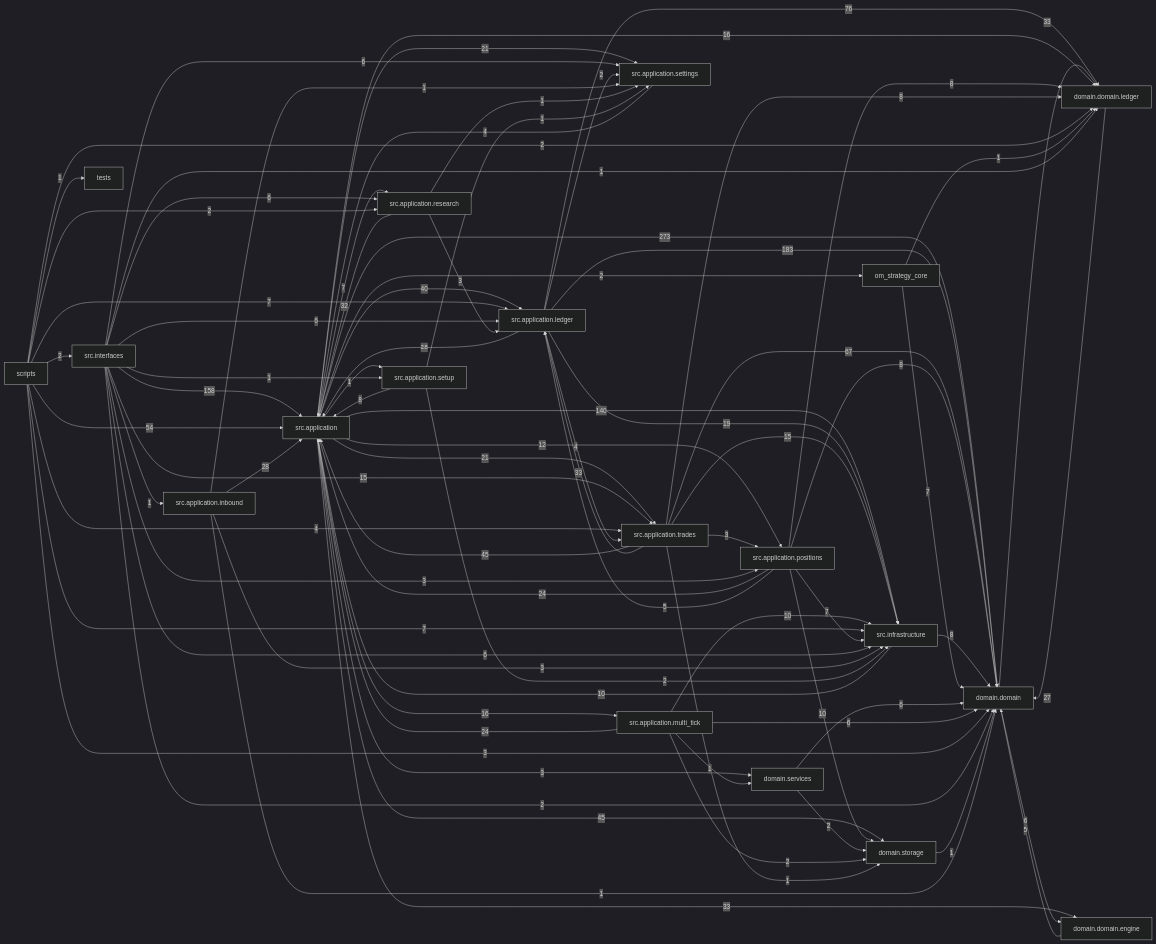
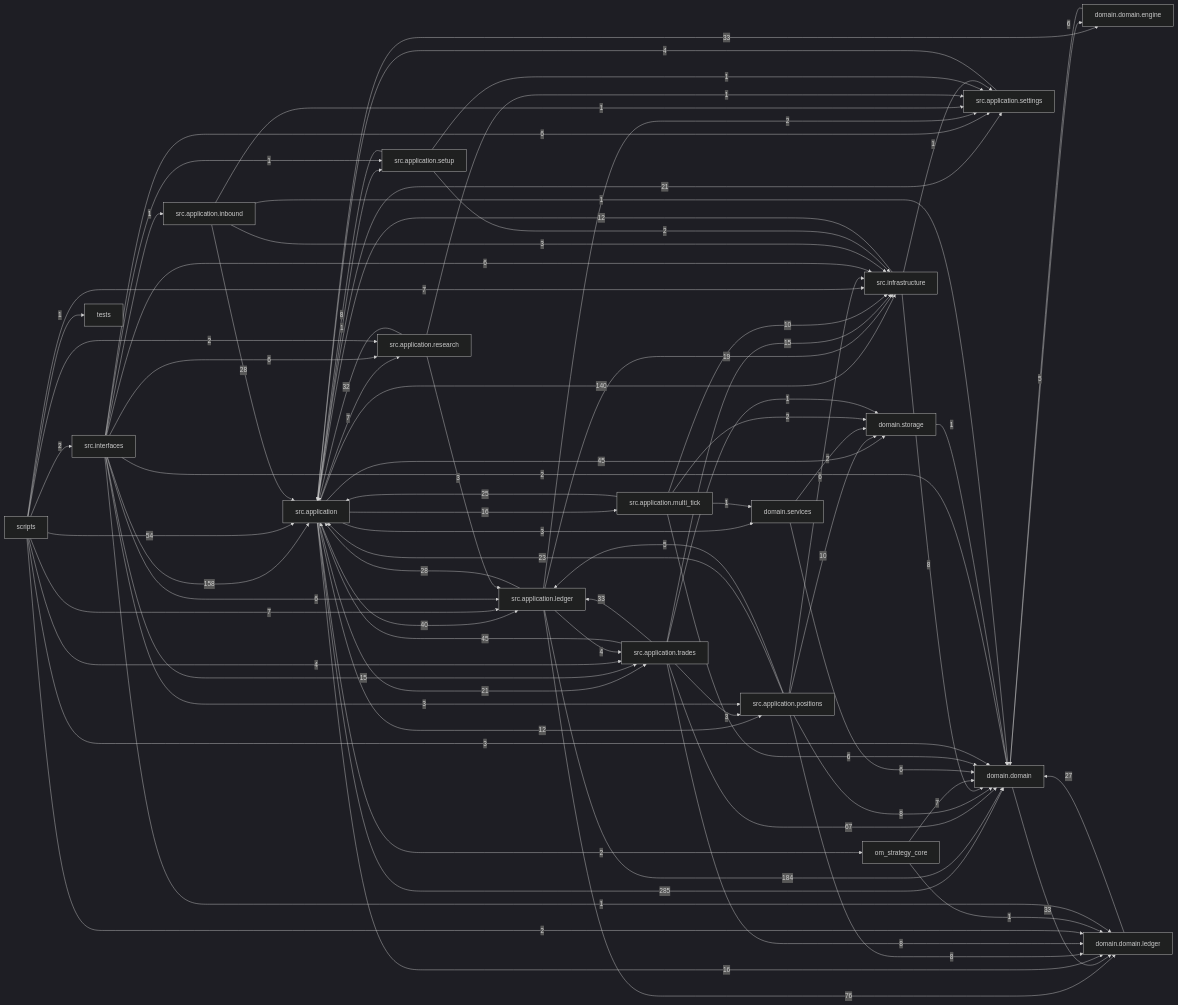
Before and after one commit to liuxie066/options-monitor: the diagram in docs/dependency_graph.mmd, drawn with Mermaid (dark theme). The commit also changed 99 other files, not shown here.

```diff
--- a/docs/dependency_graph.mmd
+++ b/docs/dependency_graph.mmd
@@ -1,81 +1,82 @@
 flowchart LR
-  src_application["src.application"] -->|273| domain_domain["domain.domain"]
-  src_application_ledger["src.application.ledger"] -->|183| domain_domain["domain.domain"]
+  src_application["src.application"] -->|285| domain_domain["domain.domain"]
+  src_application_ledger["src.application.ledger"] -->|184| domain_domain["domain.domain"]
   src_interfaces["src.interfaces"] -->|158| src_application["src.application"]
   src_application["src.application"] -->|140| src_infrastructure["src.infrastructure"]
   src_application_ledger["src.application.ledger"] -->|76| domain_domain_ledger["domain.domain.ledger"]
   src_application_trades["src.application.trades"] -->|67| domain_domain["domain.domain"]
   scripts["scripts"] -->|54| src_application["src.application"]
   src_application["src.application"] -->|45| domain_storage["domain.storage"]
   src_application_trades["src.application.trades"] -->|45| src_application["src.application"]
   src_application["src.application"] -->|40| src_application_ledger["src.application.ledger"]
   domain_domain["domain.domain"] -->|33| domain_domain_ledger["domain.domain.ledger"]
   src_application["src.application"] -->|33| domain_domain_engine["domain.domain.engine"]
   src_application_trades["src.application.trades"] -->|33| src_application_ledger["src.application.ledger"]
   src_application_research["src.application.research"] -->|32| src_application["src.application"]
   src_application_inbound["src.application.inbound"] -->|28| src_application["src.application"]
   src_application_ledger["src.application.ledger"] -->|28| src_application["src.application"]
   domain_domain_ledger["domain.domain.ledger"] -->|27| domain_domain["domain.domain"]
-  src_application_multi_tick["src.application.multi_tick"] -->|24| src_application["src.application"]
-  src_application_positions["src.application.positions"] -->|24| src_application["src.application"]
+  src_application_multi_tick["src.application.multi_tick"] -->|25| src_application["src.application"]
+  src_application_positions["src.application.positions"] -->|23| src_application["src.application"]
   src_application["src.application"] -->|21| src_application_settings["src.application.settings"]
   src_application["src.application"] -->|21| src_application_trades["src.application.trades"]
   src_application_ledger["src.application.ledger"] -->|19| src_infrastructure["src.infrastructure"]
   src_application["src.application"] -->|16| domain_domain_ledger["domain.domain.ledger"]
   src_application["src.application"] -->|16| src_application_multi_tick["src.application.multi_tick"]
   src_application_trades["src.application.trades"] -->|15| src_infrastructure["src.infrastructure"]
   src_interfaces["src.interfaces"] -->|15| src_application_trades["src.application.trades"]
   src_application["src.application"] -->|12| src_application_positions["src.application.positions"]
+  src_infrastructure["src.infrastructure"] -->|12| src_application["src.application"]
   src_application_multi_tick["src.application.multi_tick"] -->|10| src_infrastructure["src.infrastructure"]
   src_application_positions["src.application.positions"] -->|10| domain_storage["domain.storage"]
-  src_infrastructure["src.infrastructure"] -->|10| src_application["src.application"]
   src_application_positions["src.application.positions"] -->|8| domain_domain["domain.domain"]
   src_application_positions["src.application.positions"] -->|8| domain_domain_ledger["domain.domain.ledger"]
   src_application_setup["src.application.setup"] -->|8| src_application["src.application"]
   src_application_trades["src.application.trades"] -->|8| domain_domain_ledger["domain.domain.ledger"]
   src_infrastructure["src.infrastructure"] -->|8| domain_domain["domain.domain"]
   om_strategy_core["om_strategy_core"] -->|7| domain_domain["domain.domain"]
   scripts["scripts"] -->|7| src_application_ledger["src.application.ledger"]
   scripts["scripts"] -->|7| src_infrastructure["src.infrastructure"]
   src_application["src.application"] -->|7| src_application_research["src.application.research"]
-  src_application_positions["src.application.positions"] -->|7| src_infrastructure["src.infrastructure"]
   domain_domain["domain.domain"] -->|6| domain_domain_engine["domain.domain.engine"]
   domain_services["domain.services"] -->|6| domain_domain["domain.domain"]
   src_application_multi_tick["src.application.multi_tick"] -->|6| domain_domain["domain.domain"]
+  src_application_positions["src.application.positions"] -->|6| src_infrastructure["src.infrastructure"]
   src_interfaces["src.interfaces"] -->|6| src_application_ledger["src.application.ledger"]
   src_interfaces["src.interfaces"] -->|6| src_application_research["src.application.research"]
   src_interfaces["src.interfaces"] -->|6| src_application_settings["src.application.settings"]
   src_interfaces["src.interfaces"] -->|6| src_infrastructure["src.infrastructure"]
   domain_domain_engine["domain.domain.engine"] -->|5| domain_domain["domain.domain"]
   src_application_positions["src.application.positions"] -->|5| src_application_ledger["src.application.ledger"]
   scripts["scripts"] -->|4| src_application_trades["src.application.trades"]
   src_application_ledger["src.application.ledger"] -->|4| src_application_trades["src.application.trades"]
   src_application_settings["src.application.settings"] -->|4| src_application["src.application"]
   scripts["scripts"] -->|3| domain_domain["domain.domain"]
   src_application["src.application"] -->|3| domain_services["domain.services"]
   src_application_inbound["src.application.inbound"] -->|3| src_infrastructure["src.infrastructure"]
   src_application_research["src.application.research"] -->|3| src_application_ledger["src.application.ledger"]
   src_application_trades["src.application.trades"] -->|3| src_application_positions["src.application.positions"]
   src_interfaces["src.interfaces"] -->|3| src_application_positions["src.application.positions"]
   domain_services["domain.services"] -->|2| domain_storage["domain.storage"]
   scripts["scripts"] -->|2| domain_domain_ledger["domain.domain.ledger"]
   scripts["scripts"] -->|2| src_application_research["src.application.research"]
   scripts["scripts"] -->|2| src_interfaces["src.interfaces"]
   src_application["src.application"] -->|2| om_strategy_core["om_strategy_core"]
   src_application_ledger["src.application.ledger"] -->|2| src_application_settings["src.application.settings"]
   src_application_multi_tick["src.application.multi_tick"] -->|2| domain_storage["domain.storage"]
   src_application_setup["src.application.setup"] -->|2| src_infrastructure["src.infrastructure"]
   src_interfaces["src.interfaces"] -->|2| domain_domain["domain.domain"]
   domain_storage["domain.storage"] -->|1| domain_domain["domain.domain"]
   om_strategy_core["om_strategy_core"] -->|1| domain_domain_ledger["domain.domain.ledger"]
   scripts["scripts"] -->|1| tests["tests"]
   src_application["src.application"] -->|1| src_application_setup["src.application.setup"]
   src_application_inbound["src.application.inbound"] -->|1| domain_domain["domain.domain"]
   src_application_inbound["src.application.inbound"] -->|1| src_application_settings["src.application.settings"]
   src_application_multi_tick["src.application.multi_tick"] -->|1| domain_services["domain.services"]
   src_application_research["src.application.research"] -->|1| src_application_settings["src.application.settings"]
   src_application_setup["src.application.setup"] -->|1| src_application_settings["src.application.settings"]
   src_application_trades["src.application.trades"] -->|1| domain_storage["domain.storage"]
+  src_infrastructure["src.infrastructure"] -->|1| src_application_settings["src.application.settings"]
   src_interfaces["src.interfaces"] -->|1| domain_domain_ledger["domain.domain.ledger"]
   src_interfaces["src.interfaces"] -->|1| src_application_inbound["src.application.inbound"]
   src_interfaces["src.interfaces"] -->|1| src_application_setup["src.application.setup"]
```
